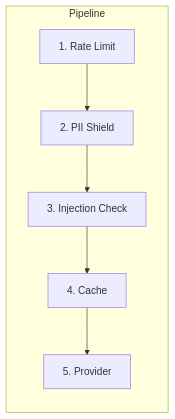
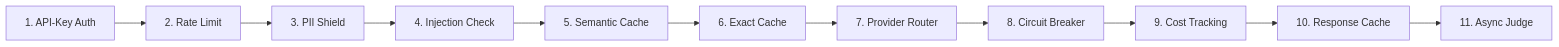
Before and after one commit to ArmanHov2006/sentinel: the diagram in README.md, drawn with Mermaid. The commit also changed other lines of this file, not shown here.

Commit message:
docs: README pipeline matches code — 11 stages, regex injection detector
README claimed a 5-stage pipeline and an LLM-based injection classifier;
chat.py runs 11 stages and the detector is 8 weighted regex rules with
complement-product scoring. Docs now match the implementation.

````diff
--- a/README.md
+++ b/README.md
@@ -18,15 +18,13 @@
 ```mermaid
 flowchart LR
-    A[1. Rate Limit] --> B[2. PII Shield]
-    B --> C[3. Injection Check]
-    C --> D[4. Cache]
-    D --> E[5. Provider]
-
-    subgraph Pipeline
-        A
-        B
-        C
-        D
-        E
-    end
+    A[1. API-Key Auth] --> B[2. Rate Limit]
+    B --> C[3. PII Shield]
+    C --> D[4. Injection Check]
+    D --> E[5. Semantic Cache]
+    E --> F[6. Exact Cache]
+    F --> G[7. Provider Router]
+    G --> H[8. Circuit Breaker]
+    H --> I[9. Cost Tracking]
+    I --> J[10. Response Cache]
+    J --> K[11. Async Judge]
 ```
````
